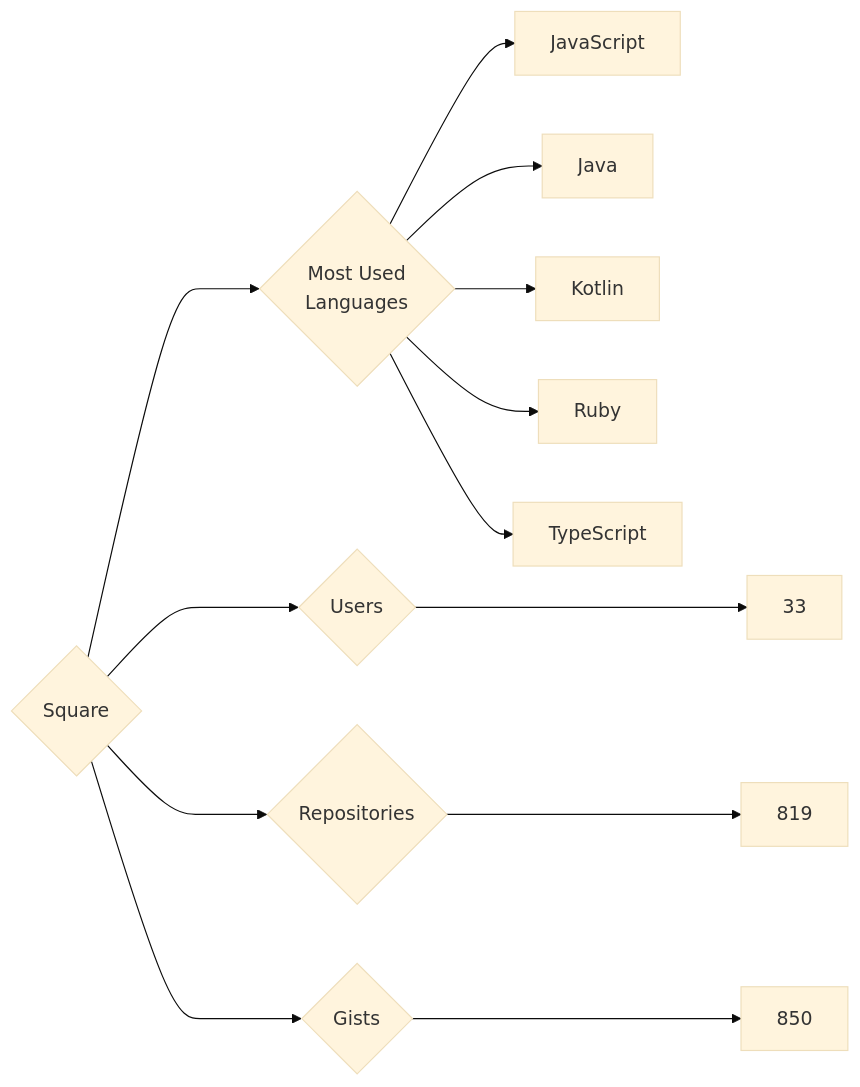
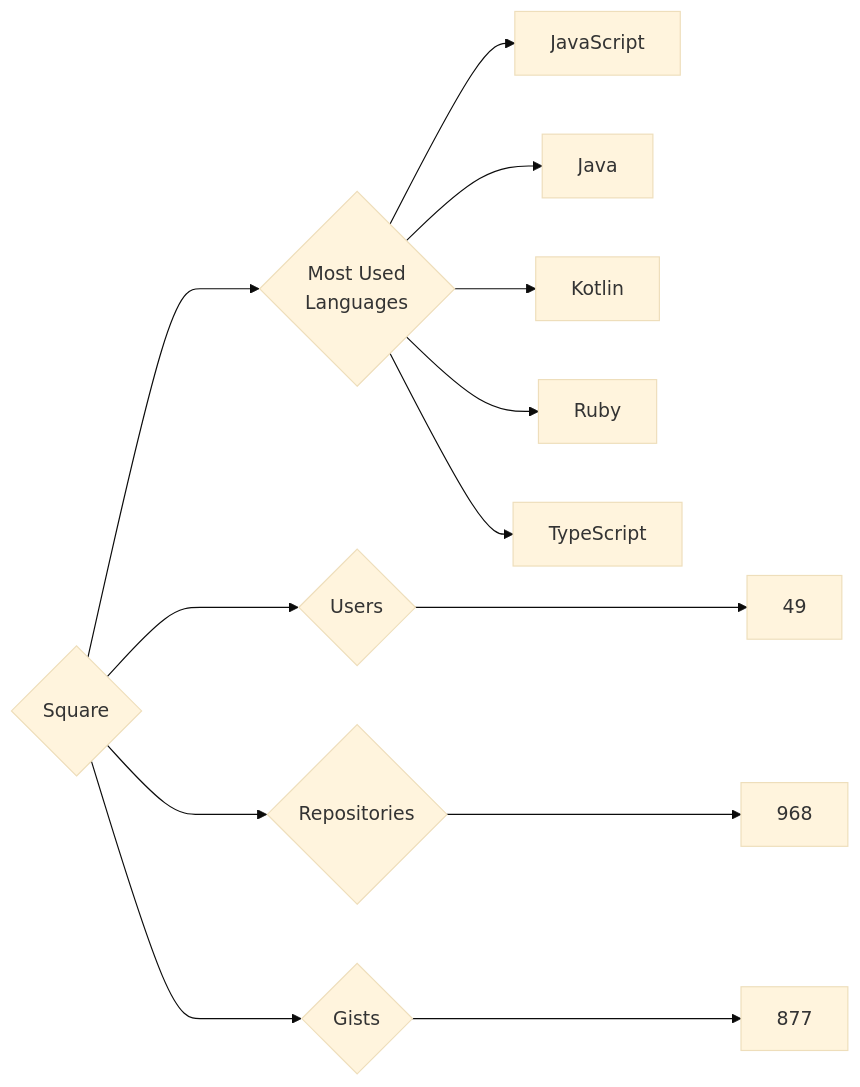
Before and after one commit to trickest/insiders: the diagram in targets/Square/README.md, drawn with Mermaid (base theme). The commit also changed 903 other files, not shown here.

````diff
--- a/targets/Square/README.md
+++ b/targets/Square/README.md
@@ -3,13 +3,13 @@
 ```mermaid
 graph LR
 COMPANY_NAME{Square}
-COMPANY_NAME ---> U{Users} ---> UN[33]
-COMPANY_NAME ---> R{Repositories} ---> RN[819]
-COMPANY_NAME ---> G{Gists} ---> GN[850]
+COMPANY_NAME ---> U{Users} ---> UN[49]
+COMPANY_NAME ---> R{Repositories} ---> RN[968]
+COMPANY_NAME ---> G{Gists} ---> GN[877]
 COMPANY_NAME ---> ML{Most Used<br>Languages}
 ML --> JavaScript[JavaScript]
 ML --> Java[Java]
 ML --> Kotlin[Kotlin]
 ML --> Ruby[Ruby]
 ML --> TypeScript[TypeScript]
 ```
````
